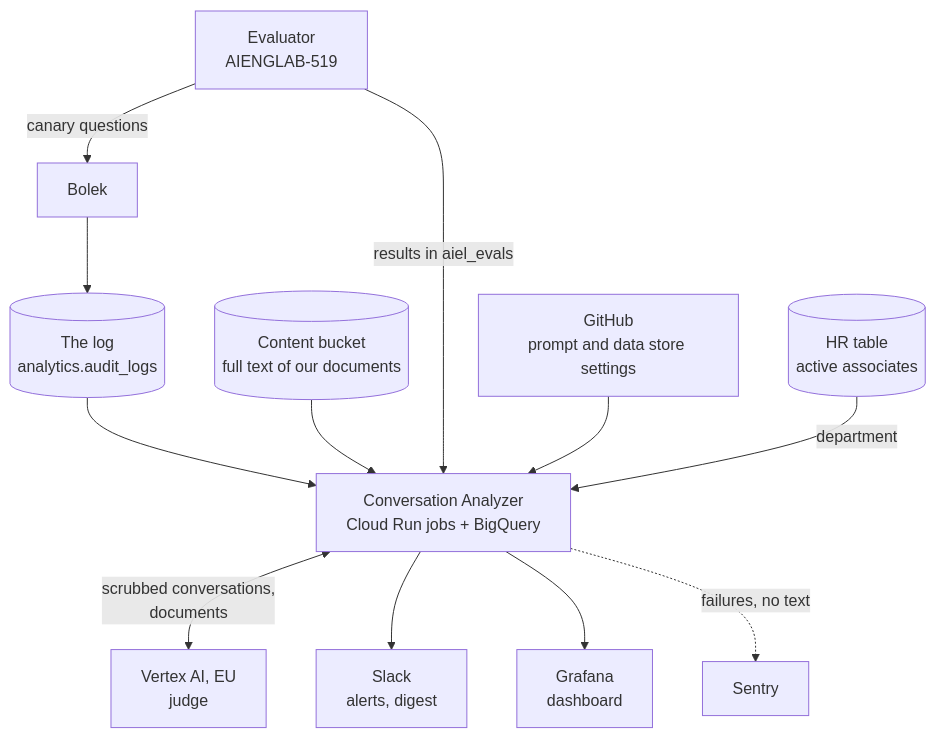
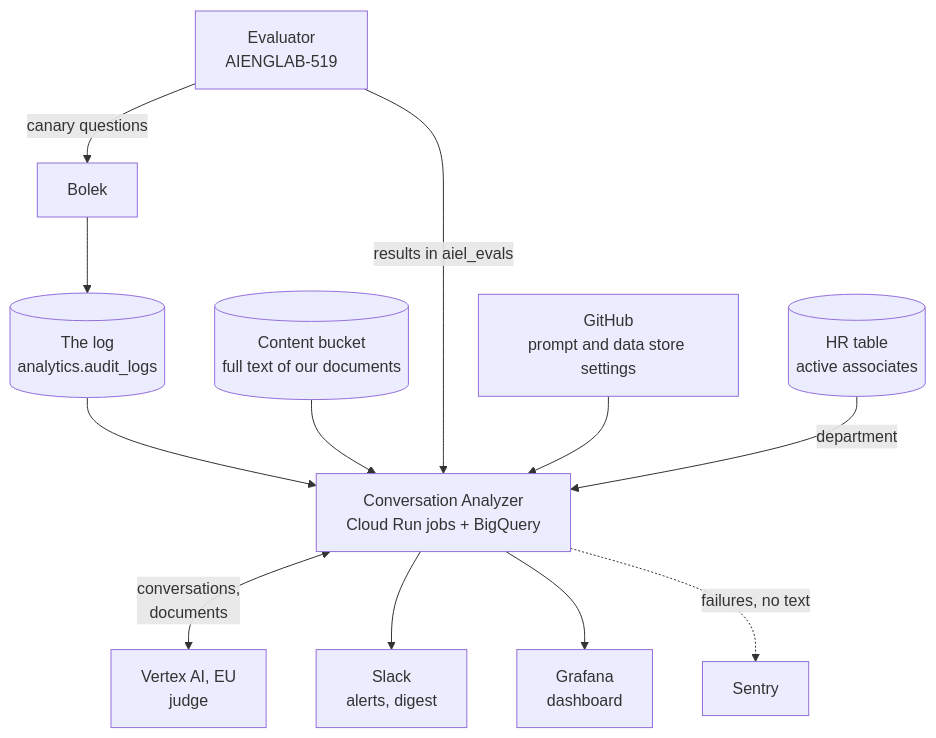
Before and after one commit to pborkowski-rtbh/conversation-analyzer: the tenth of 19 diagrams in design-doc.md, drawn with Mermaid. The commit also changed other lines of this file and 28 other files, not shown here.

````diff
--- a/design-doc.md
+++ b/design-doc.md
@@ -1165,14 +1160,14 @@
 ```mermaid
 flowchart TB
     BOLEK["Bolek"] --> LOG[("The log<br/>analytics.audit_logs")]
     EVAL["Evaluator<br/>AIENGLAB-519"] -->|"canary questions"| BOLEK
     LOG --> SYS["Conversation Analyzer<br/>Cloud Run jobs + BigQuery"]
     BUCKET[("Content bucket<br/>full text of our documents")] --> SYS
     EVAL -->|"results in aiel_evals"| SYS
     GH["GitHub<br/>prompt and data store settings"] --> SYS
-    SYS <-->|"scrubbed conversations,<br/>documents"| VX["Vertex AI, EU<br/>judge"]
+    SYS <-->|"conversations,<br/>documents"| VX["Vertex AI, EU<br/>judge"]
     HR[("HR table<br/>active associates")] -->|"department"| SYS
     SYS --> SLACK["Slack<br/>alerts, digest"]
     SYS --> GRAFANA["Grafana<br/>dashboard"]
     SYS -.->|"failures, no text"| SENTRY["Sentry"]
 ```
````
